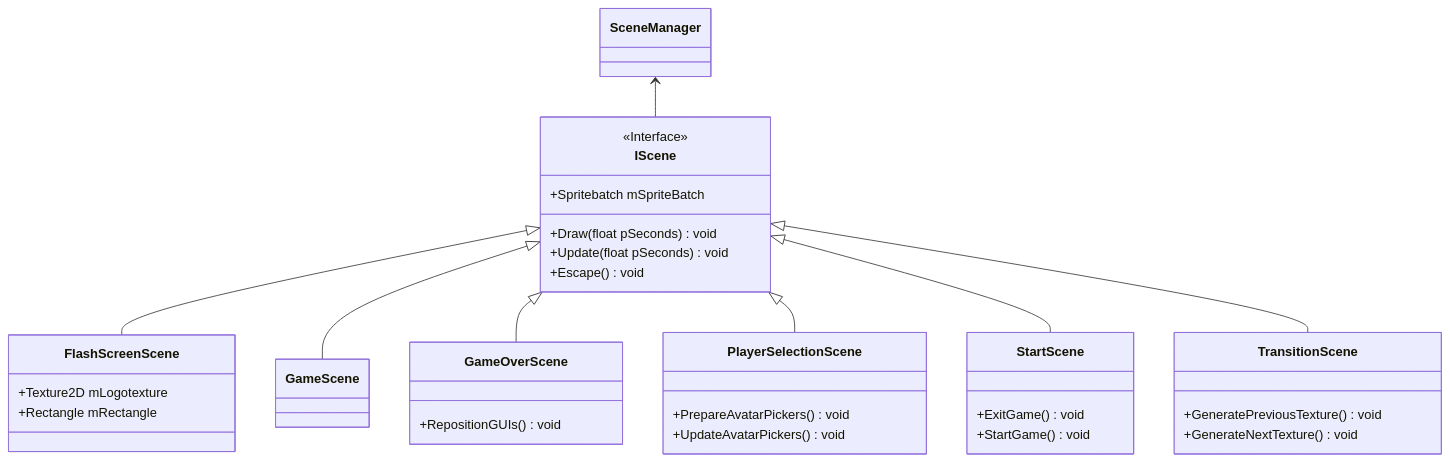
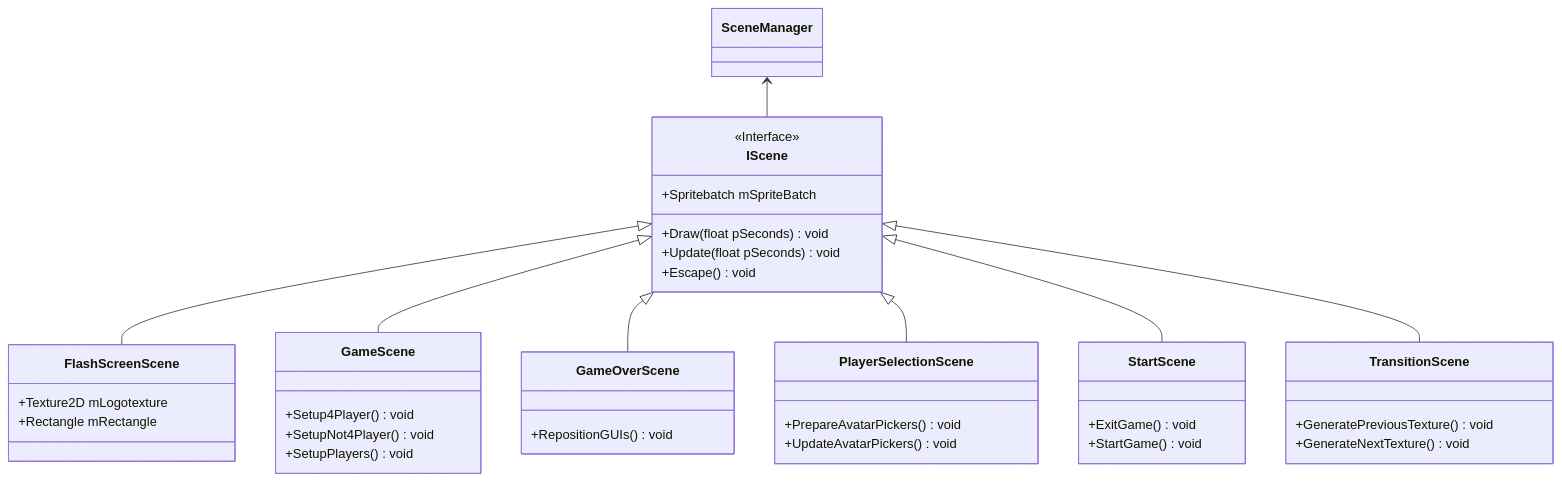
Before and after one commit to Spoingus/TroublesomeTanks_CDP: the first of 2 diagrams in README.md, drawn with Mermaid.

````diff
--- a/README.md
+++ b/README.md
@@ -1,40 +1,42 @@
 ```mermaid
 classDiagram
     IScene <|-- FlashScreenScene
     IScene <|-- GameScene
     IScene <|-- GameOverScene
     IScene <|-- PlayerSelectionScene
     IScene <|-- StartScene
     IScene <|-- TransitionScene
     SceneManager <-- IScene
     <<Interface>> IScene
 
     class IScene{
     +Spritebatch mSpriteBatch
     +Draw(float pSeconds) void
     +Update(float pSeconds) void
     +Escape() void
     }
     class FlashScreenScene{
         +Texture2D mLogotexture
         +Rectangle mRectangle
     }
     class GameScene{
-        
+        +Setup4Player() void
+        +SetupNot4Player() void
+        +SetupPlayers() void
     }
     class GameOverScene{
         +RepositionGUIs() void
     }
     class PlayerSelectionScene{
         +PrepareAvatarPickers() void
         +UpdateAvatarPickers() void
     }
     class StartScene{
         +ExitGame() void
         +StartGame() void
     }
     class TransitionScene{
         +GeneratePreviousTexture() void
         +GenerateNextTexture() void
     }
 ```
````
